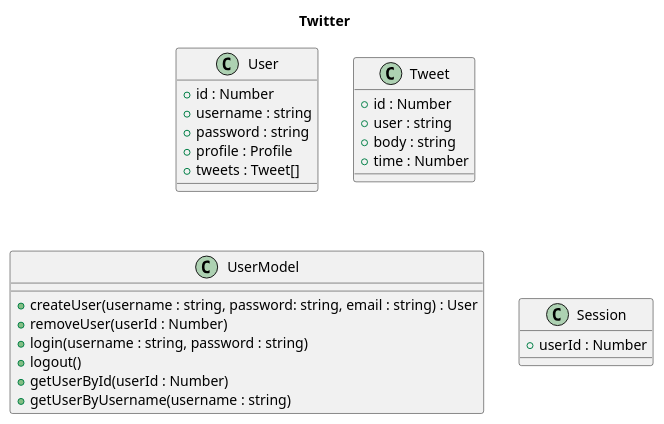
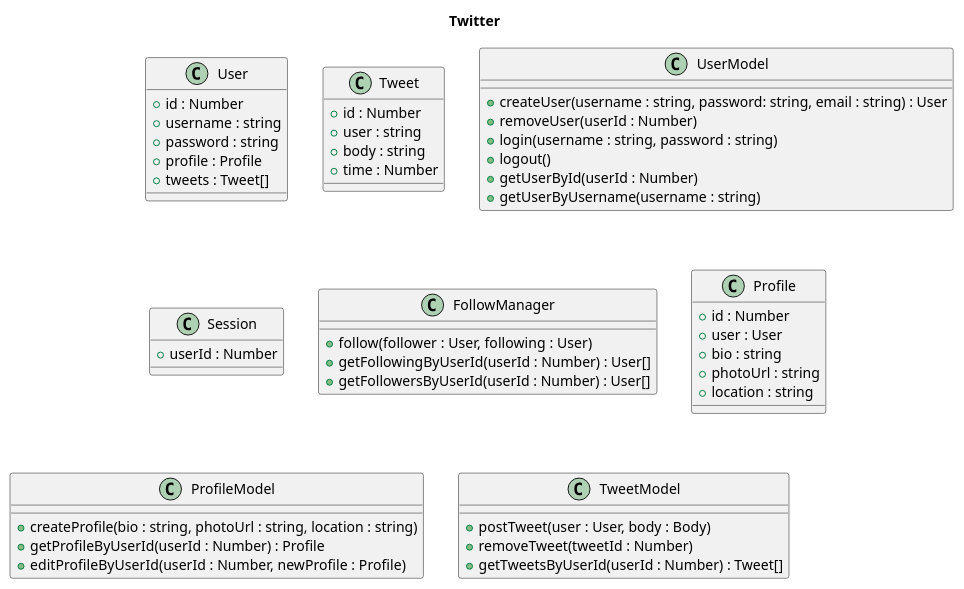
The diagram in model/classDiagram.plantuml (tart-summer-camp-2011/fe201), drawn with PlantUML before and after one commit.

Commit message:
added FollowManager, ProfileModel, TweetModel and Profile to class diagram.

```diff
--- a/model/classDiagram.plantuml
+++ b/model/classDiagram.plantuml
@@ -1,31 +1,58 @@
 @startuml
 title Twitter
 
 class User {
 	+ id : Number
 	+ username : string
 	+ password : string
 	+ profile : Profile
 	+ tweets : Tweet[]
 }
 
 class Tweet {
 	+ id : Number
 	+ user : string
 	+ body : string
 	+ time : Number
 }
 
 class UserModel {
 	+ createUser(username : string, password: string, email : string) : User
 	+ removeUser(userId : Number)
 	+ login(username : string, password : string)
 	+ logout()
 	+ getUserById(userId : Number)
 	+ getUserByUsername(username : string)
 }
 
 class Session {
 	+ userId : Number
 }
+
+class FollowManager {
+	+ follow(follower : User, following : User)
+	+ getFollowingByUserId(userId : Number) : User[]
+	+ getFollowersByUserId(userId : Number) : User[]
+}
+
+class Profile {
+	+ id : Number
+	+ user : User
+	+ bio : string
+	+ photoUrl : string
+	+ location : string
+}
+
+class ProfileModel {
+	+ createProfile(bio : string, photoUrl : string, location : string)
+	+ getProfileByUserId(userId : Number) : Profile
+	+ editProfileByUserId(userId : Number, newProfile : Profile)
+}
+
+class TweetModel {
+	+ postTweet(user : User, body : Body)
+	+ removeTweet(tweetId : Number)
+	+ getTweetsByUserId(userId : Number) : Tweet[]
+}
+
 @enduml
```
